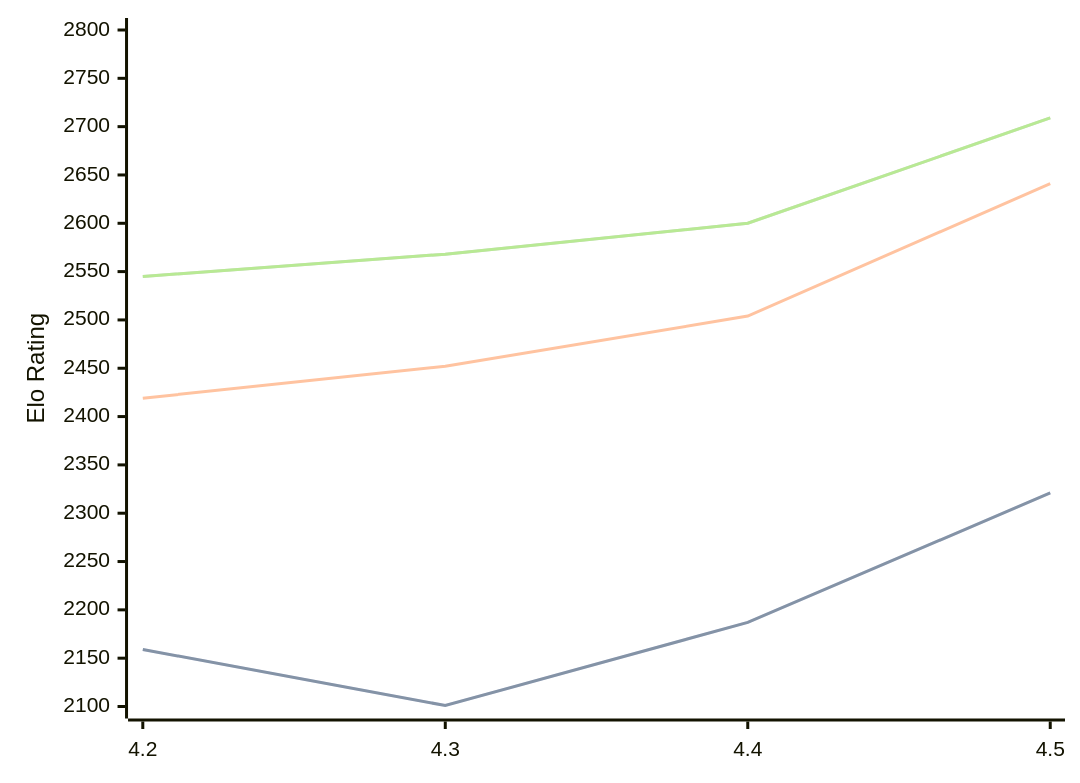
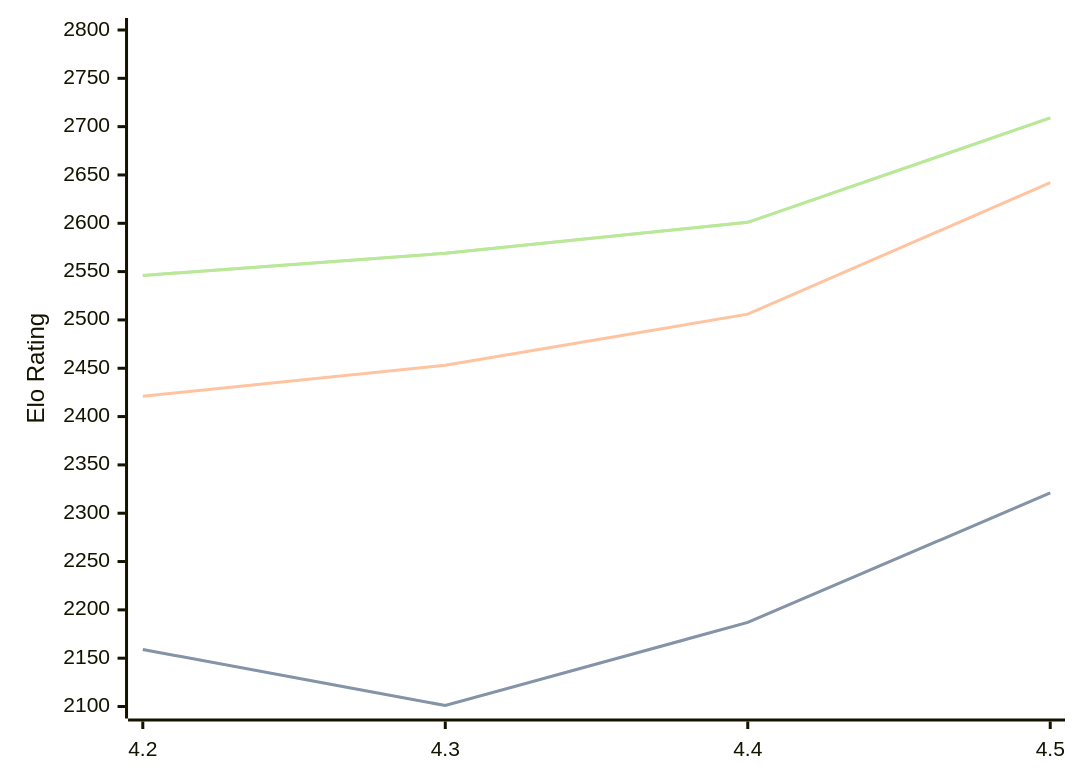
One commit to computer-chess-index/cci changed the diagram in engines/Eubos.md. Above: the diagram before and after it, drawn with Mermaid. The commit also changed other lines of this file, not shown here.

Commit message:
Update CCI Ratings (ELO VLTC) - 2026-09-01

````diff
--- a/engines/Eubos.md
+++ b/engines/Eubos.md
@@ -34,11 +34,11 @@
 ```mermaid
 %%{init: {"theme":"base","themeVariables":{"seriesColors:['#a3a3a3','#222221','#faa371']}}}%%
 xychart-beta
   x-axis ["4.2", "4.3", "4.4", "4.5"]
   y-axis "Elo Rating" 2100 --> 2800
   line "" [2159, 2101, 2187, 2321]
   line "STC (8.0+0.08s)" [2159, 2101, 2187, 2321]
-  line "LTC (60.0+0.60s)" [2419, 2452, 2504, 2641]
-  line "" [2545, 2568, 2600, 2709]
-  line "VLTC (2m24s+1.12s)" [2545, 2568, 2600, 2709]
+  line "LTC (60.0+0.60s)" [2421, 2453, 2506, 2642]
+  line "" [2546, 2569, 2601, 2709]
+  line "VLTC (2m24s+1.12s)" [2546, 2569, 2601, 2709]
 ```
````
